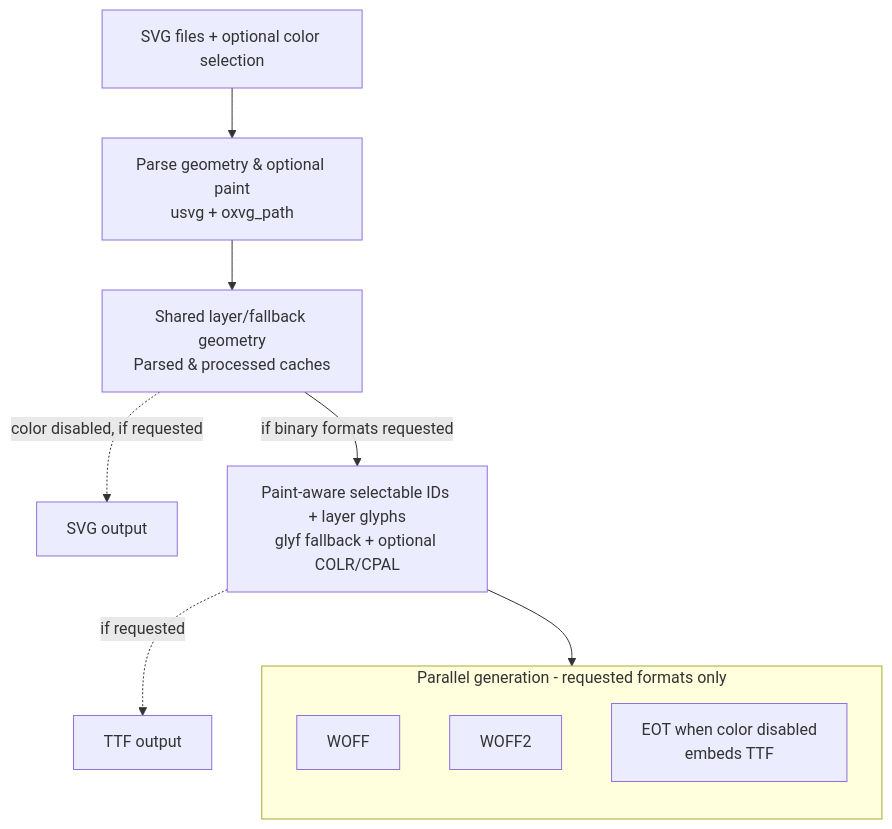
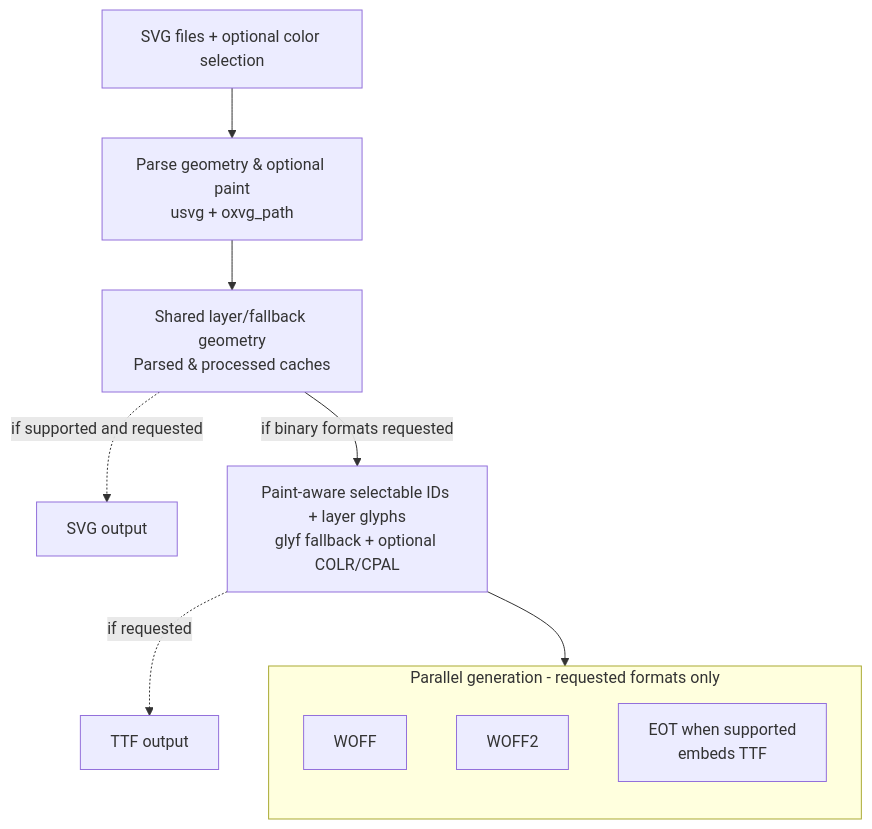
One commit to atlowChemi/vite-svg-2-webfont changed the first of 2 diagrams in packages/docs/webfont-generator/index.md. Above: the diagram before and after it, drawn with Mermaid. The commit also changed other lines of this file and 4 other files, not shown here.

Commit message:
docs(webfont-generator): clarify color usage and fix diagram labels

````diff
--- a/packages/docs/webfont-generator/index.md
+++ b/packages/docs/webfont-generator/index.md
@@ -52,15 +52,15 @@
 ```mermaid
 flowchart TD
     A[SVG files + optional color selection] --> B[Parse geometry &amp; optional paint<br/>usvg + oxvg_path]
     B --> C[Shared layer/fallback geometry<br/>Parsed &amp; processed caches]
-    C -.->|color disabled, if requested| D[SVG output]
+    C -.->|if supported and requested| D[SVG output]
     C -->|if binary formats requested| E[Paint-aware selectable IDs + layer glyphs<br/>glyf fallback + optional COLR/CPAL]
     E -.->|if requested| T[TTF output]
     E --> P
     subgraph P[Parallel generation - requested formats only]
         direction TD
         F[WOFF]
         G[WOFF2]
-        H[EOT when color disabled<br/>embeds TTF]
+        H[EOT when supported<br/>embeds TTF]
     end
 ```
````
